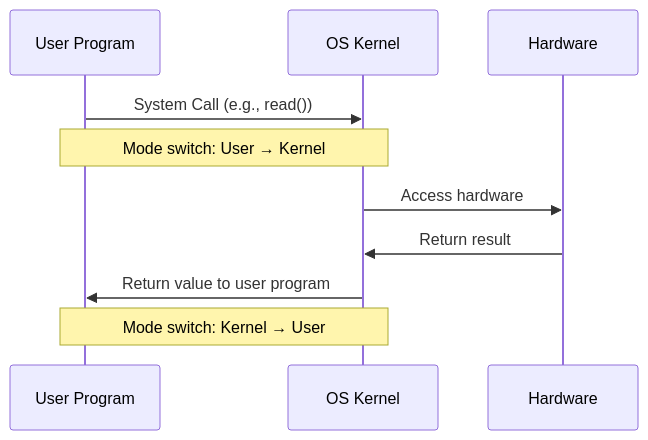
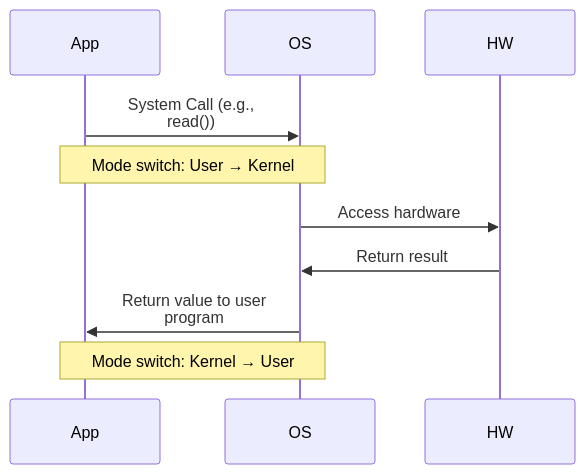
The fourth of 5 diagrams in 01-Semester-V/CS-302-MJ-T-Operating-Systems/Unit-1.md (amitdevx/TY), drawn with Mermaid before and after one commit. The commit also changed other lines of this file and 65 other files, not shown here.

Commit message:
fix:graph vertical

````diff
--- a/01-Semester-V/CS-302-MJ-T-Operating-Systems/Unit-1.md
+++ b/01-Semester-V/CS-302-MJ-T-Operating-Systems/Unit-1.md
@@ -171,13 +171,13 @@
 ```mermaid
 sequenceDiagram
-    participant App as User Program
-    participant OS as OS Kernel
-    participant HW as Hardware
+    participant App
+    participant OS
+    participant HW
 
-    App->>OS: System Call (e.g., read())
+    App->>OS: System Call (e.g.,<br/>read())
     Note over App,OS: Mode switch: User → Kernel
     OS->>HW: Access hardware
     HW->>OS: Return result
-    OS->>App: Return value to user program
+    OS->>App: Return value to user<br/>program
     Note over App,OS: Mode switch: Kernel → User
 ```
````
